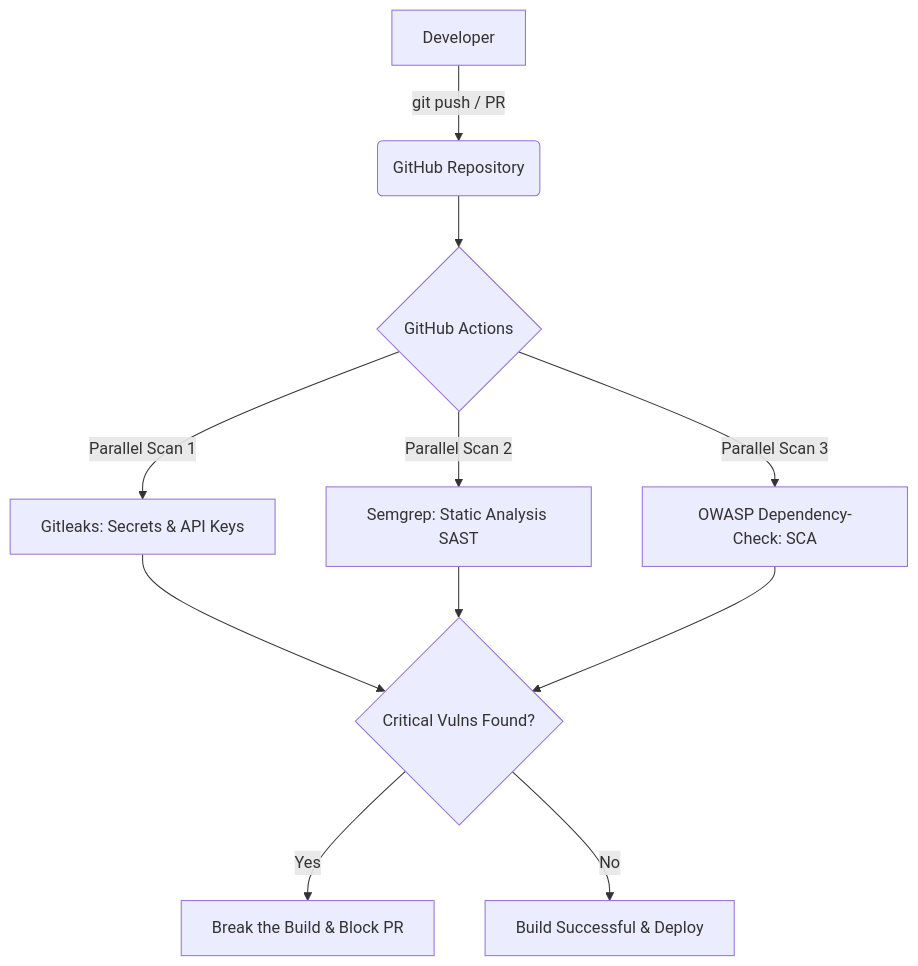
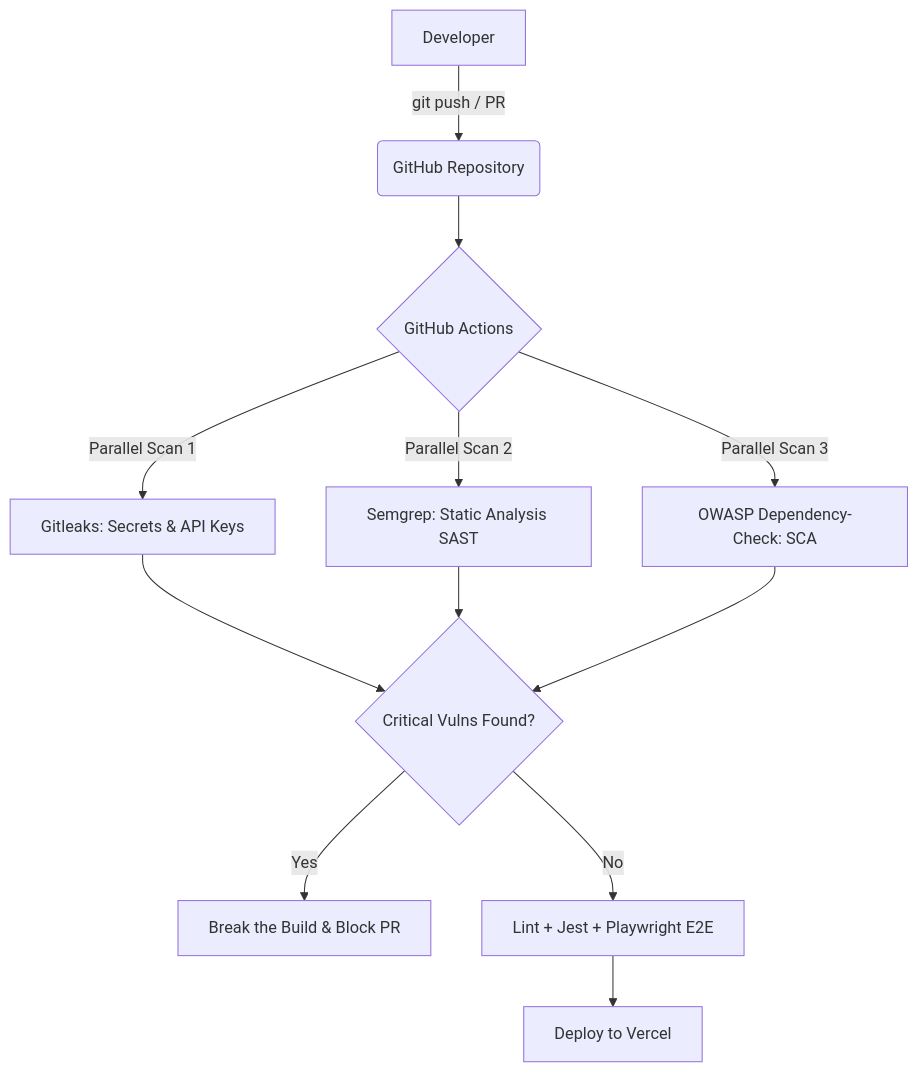
One commit to Samuel-DD07/secure-react-pipeline changed the diagram in README.md. Above: the diagram before and after it, drawn with Mermaid. The commit also changed other lines of this file and 127 other files, not shown here.

````diff
--- a/README.md
+++ b/README.md
@@ -18,11 +46,12 @@
 ```mermaid
 graph TD
     A[Developer] -->|git push / PR| B(GitHub Repository)
     B --> C{GitHub Actions}
     C -->|Parallel Scan 1| D[Gitleaks: Secrets & API Keys]
     C -->|Parallel Scan 2| E[Semgrep: Static Analysis SAST]
     C -->|Parallel Scan 3| F[OWASP Dependency-Check: SCA]
     D & E & F --> G{Critical Vulns Found?}
     G -->|Yes| H[Break the Build & Block PR]
-    G -->|No| I[Build Successful & Deploy]
+    G -->|No| I[Lint + Jest + Playwright E2E]
+    I --> J[Deploy to Vercel]
 ```
````
